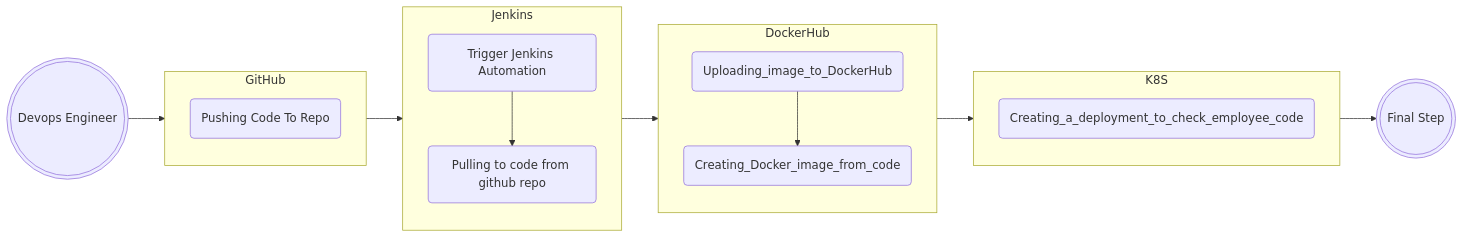
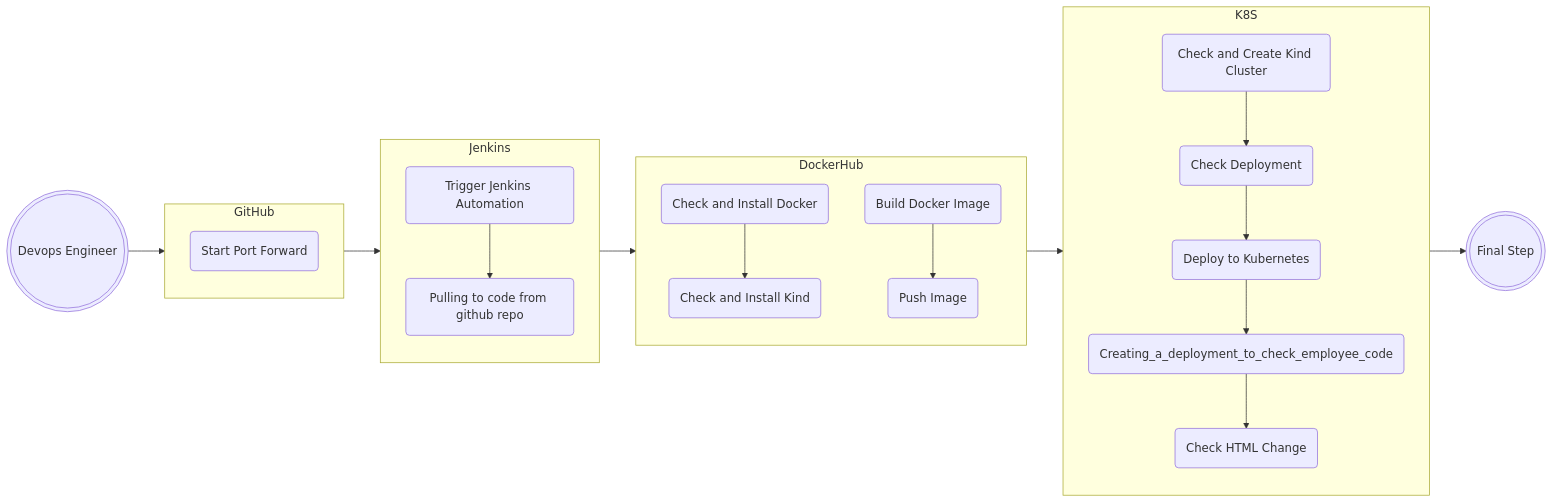
The diagram in README.md (IftachZilcaPaz/final_proj_git_jenkins), drawn with Mermaid before and after one commit.

````diff
--- a/README.md
+++ b/README.md
@@ -108,31 +108,36 @@
 ```mermaid
 flowchart LR
     subgraph GitHub
         direction TB
-        A(Pushing Code To Repo)
+        A(Checkout to specific branch)
+        A(Start Port Forward)
     end
     subgraph Jenkins
         direction TB
         B(Trigger Jenkins Automation) --> C(Pulling to code from github repo)
     end
     subgraph DockerHub
         direction TB
-        D(Uploading_image_to_DockerHub) --> E(Creating_Docker_image_from_code)
+        D(Check and Install Docker) --> E(Check and Install Kind)
+        F(Build Docker Image) --> G(Push Image)
     end
     subgraph K8S
         direction TB
-        F(Creating_a_deployment_to_check_employee_code)
+        H(Check and Create Kind Cluster) --> I(Check Deployment)
+        I(Check Deployment) --> J(Deploy to Kubernetes)
+        J(Deploy to Kubernetes) --> K(Creating_a_deployment_to_check_employee_code)
+        K(Creating_a_deployment_to_check_employee_code) --> L(Check HTML Change)
     end
     %% ^ These subgraphs are identical, except for the links to them:
 
     %% Link *to* subgraph1: subgraph1 direction is maintained
     
     id1(((Devops Engineer))) --> GitHub
     GitHub --> Jenkins
     Jenkins --> DockerHub
     DockerHub --> K8S
     K8S --> id2(((Final Step)))
     %% Link *within* subgraph2:
     %% subgraph2 inherits the direction of the top-level graph (LR)
     %% outside ---> top2
 ```
````
